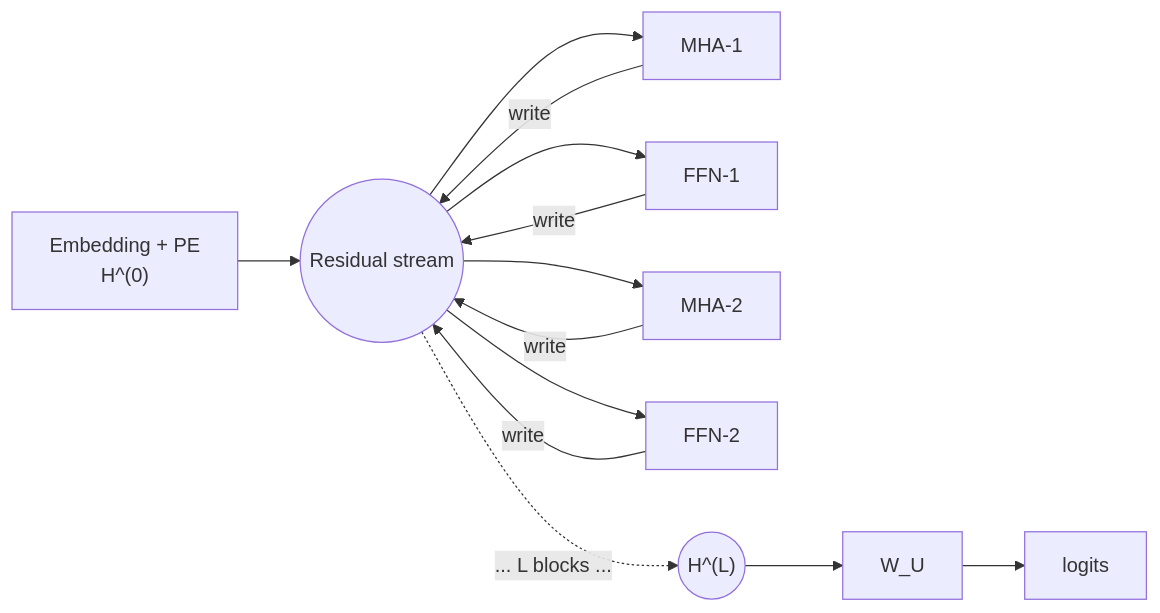
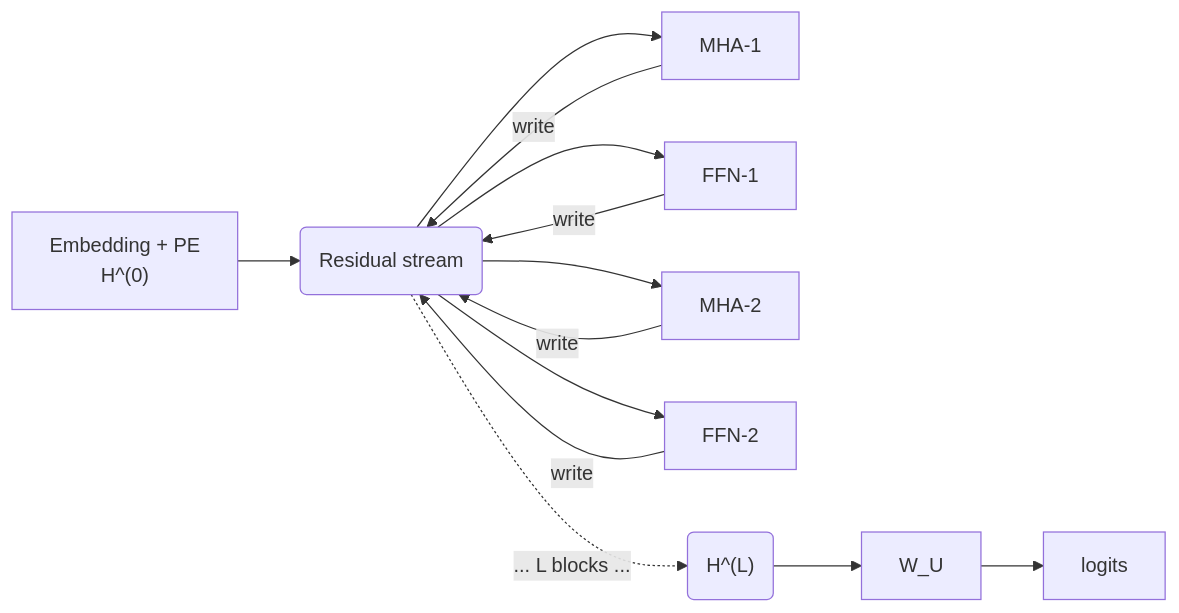
The fourth of 4 diagrams in companion_notes/Multi-Head_Attention_in_Transformer_Block.md (dimitarpg13/semsimula-paper), drawn with Mermaid before and after one commit. The commit also changed 4 other files, not shown here.

Commit message:
update markdowns for mermaid rendering problems with Github

````diff
--- a/companion_notes/Multi-Head_Attention_in_Transformer_Block.md
+++ b/companion_notes/Multi-Head_Attention_in_Transformer_Block.md
@@ -559,15 +559,15 @@
 ```mermaid
 flowchart LR
-    E["Embedding + PE<br>H^(0)"] --> S0(("Residual stream"))
+    E["Embedding + PE<br>H^(0)"] --> S0("Residual stream")
     S0 --> MHA1["MHA-1"]
     MHA1 -->|write| S0
     S0 --> FFN1["FFN-1"]
     FFN1 -->|write| S0
     S0 --> MHA2["MHA-2"]
     MHA2 -->|write| S0
     S0 --> FFN2["FFN-2"]
     FFN2 -->|write| S0
-    S0 -.->|"... L blocks ..."| SL(("H^(L)"))
+    S0 -.->|"... L blocks ..."| SL("H^(L)")
     SL --> Unembed["W_U"]
     Unembed --> Logits["logits"]
 ```
````
